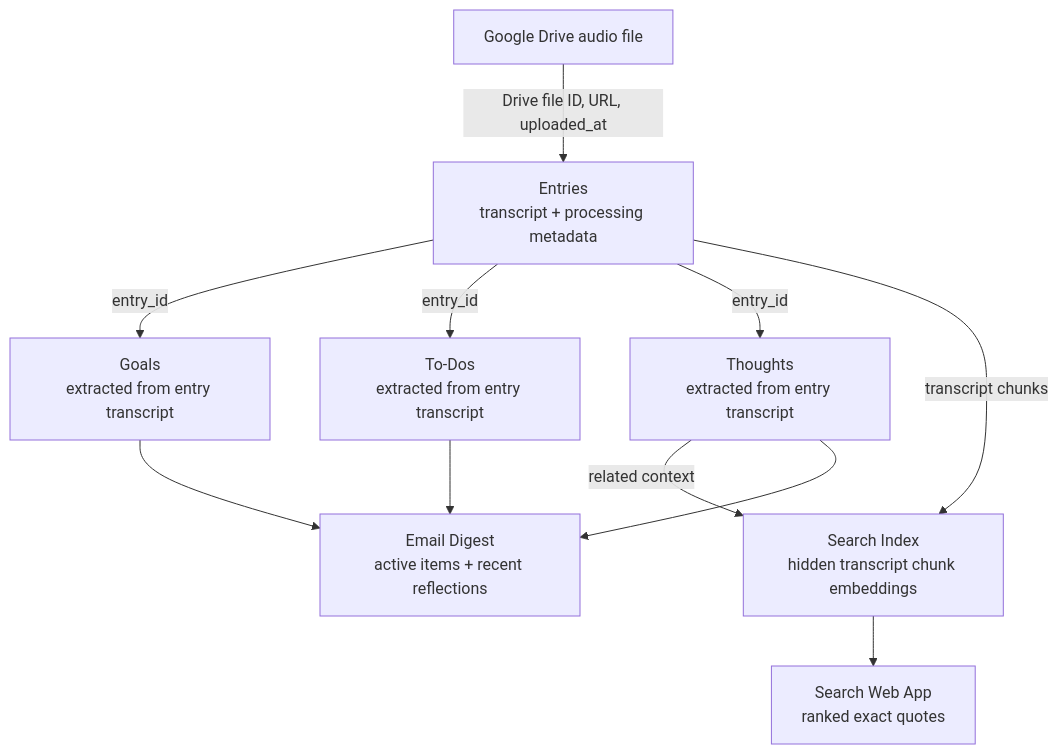
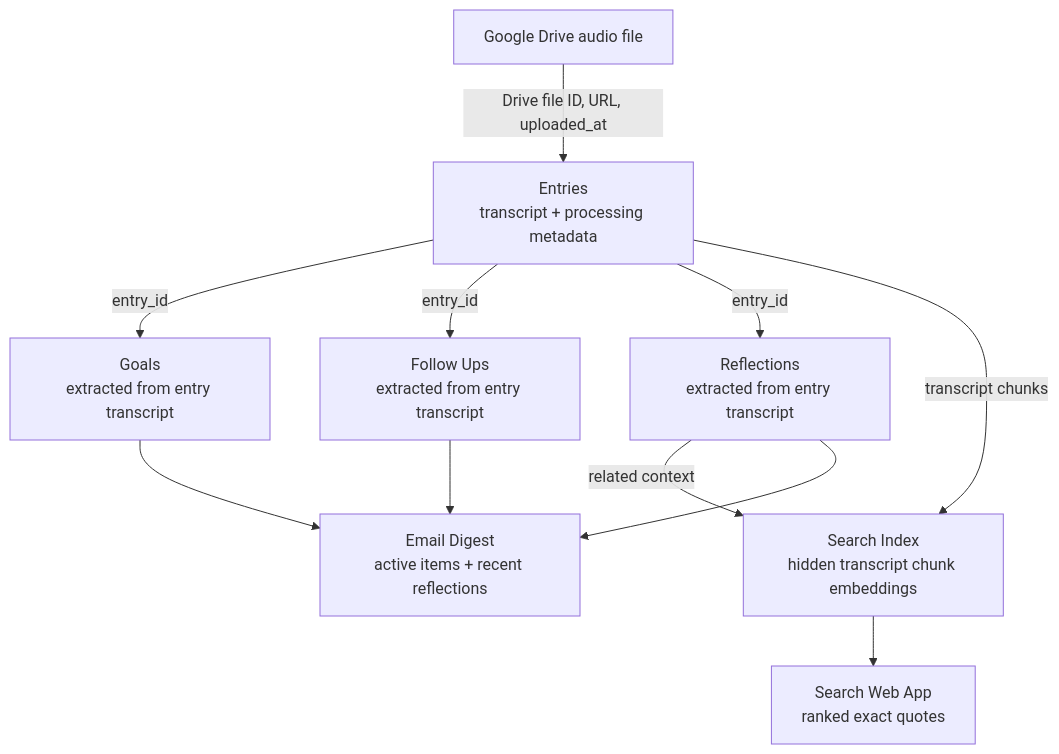
The diagram in README.md (Marko-Suchy/voice-journal), drawn with Mermaid before and after one commit. The commit also changed other lines of this file and 19 other files, not shown here.

````diff
--- a/README.md
+++ b/README.md
@@ -39,22 +39,22 @@
 ```mermaid
 flowchart TD
     drive["Google Drive audio file"]
     entries["Entries\ntranscript + processing metadata"]
     goals["Goals\nextracted from entry transcript"]
-    todos["To-Dos\nextracted from entry transcript"]
-    thoughts["Thoughts\nextracted from entry transcript"]
+    followUps["Follow Ups\nextracted from entry transcript"]
+    reflections["Reflections\nextracted from entry transcript"]
     searchIndex["Search Index\nhidden transcript chunk embeddings"]
     webapp["Search Web App\nranked exact quotes"]
     digest["Email Digest\nactive items + recent reflections"]
 
     drive -->|"Drive file ID, URL, uploaded_at"| entries
     entries -->|"entry_id"| goals
-    entries -->|"entry_id"| todos
-    entries -->|"entry_id"| thoughts
+    entries -->|"entry_id"| followUps
+    entries -->|"entry_id"| reflections
     entries -->|"transcript chunks"| searchIndex
-    thoughts -->|"related context"| searchIndex
+    reflections -->|"related context"| searchIndex
     searchIndex --> webapp
     goals --> digest
-    todos --> digest
-    thoughts --> digest
+    followUps --> digest
+    reflections --> digest
 ```
````
